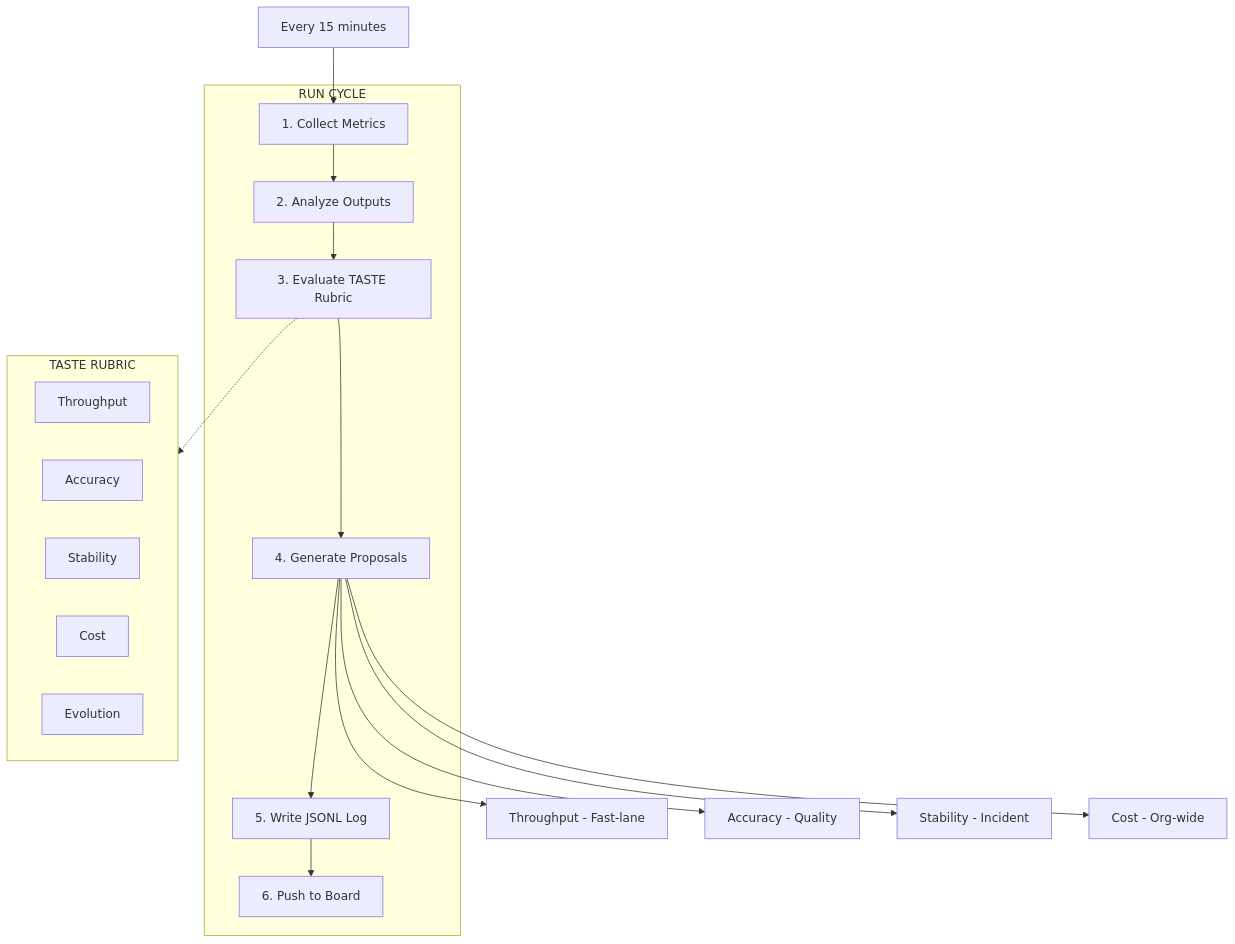
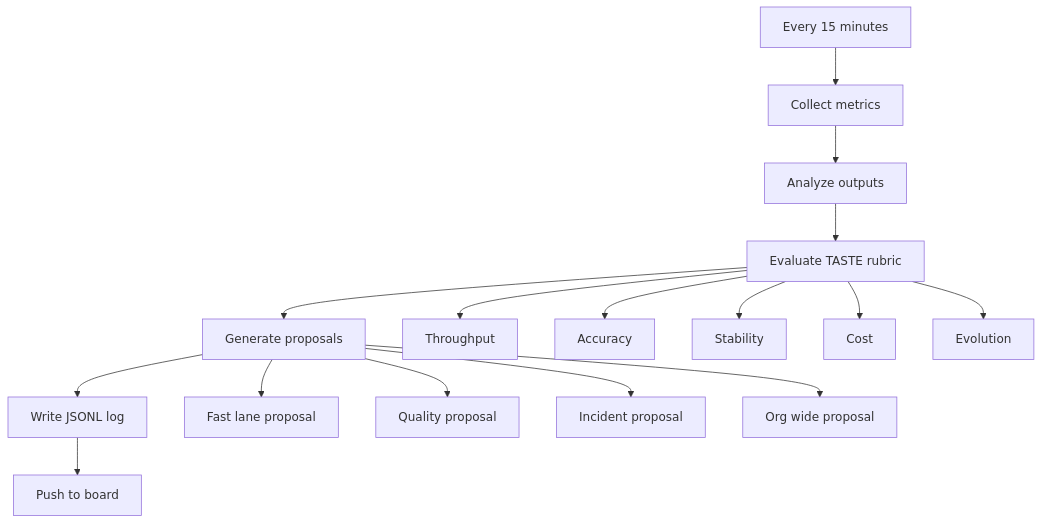
The diagram in reference/CRON_ORCHESTRATOR.md (mmartoccia/ghost-orchestration-pattern), drawn with Mermaid before and after one commit. The commit also changed 11 other files, not shown here.

First line of the commit message:
Fix Mermaid for GitHub renderer

````diff
--- a/reference/CRON_ORCHESTRATOR.md
+++ b/reference/CRON_ORCHESTRATOR.md
@@ -3,23 +3,30 @@
 ```mermaid
-flowchart TD
-    E["Every 15 minutes"] --> M1
-    subgraph C["RUN CYCLE"]
-        M1["1. Collect Metrics"] --> M2["2. Analyze Outputs"]
-        M2 --> M3["3. Evaluate TASTE Rubric"]
-        M3 --> M4["4. Generate Proposals"]
-        M4 --> M5["5. Write JSONL Log"]
-        M5 --> M6["6. Push to Board"]
-    end
-    M3 -.-> T
-    subgraph T["TASTE RUBRIC"]
-        T1["Throughput"]
-        T2["Accuracy"]
-        T3["Stability"]
-        T4["Cost"]
-        T5["Evolution"]
-    end
-    M4 --> P1["Throughput - Fast-lane"]
-    M4 --> P2["Accuracy - Quality"]
-    M4 --> P3["Stability - Incident"]
-    M4 --> P4["Cost - Org-wide"]
+graph TD
+    R1[Every 15 minutes]
+    R2[Collect metrics]
+    R3[Analyze outputs]
+    R4[Evaluate TASTE rubric]
+    R5[Generate proposals]
+    R6[Write JSONL log]
+    R7[Push to board]
+    T1[Throughput]
+    T2[Accuracy]
+    T3[Stability]
+    T4[Cost]
+    T5[Evolution]
+    P1[Fast lane proposal]
+    P2[Quality proposal]
+    P3[Incident proposal]
+    P4[Org wide proposal]
+
+    R1 --> R2 --> R3 --> R4 --> R5 --> R6 --> R7
+    R4 --> T1
+    R4 --> T2
+    R4 --> T3
+    R4 --> T4
+    R4 --> T5
+    R5 --> P1
+    R5 --> P2
+    R5 --> P3
+    R5 --> P4
 ```
````
